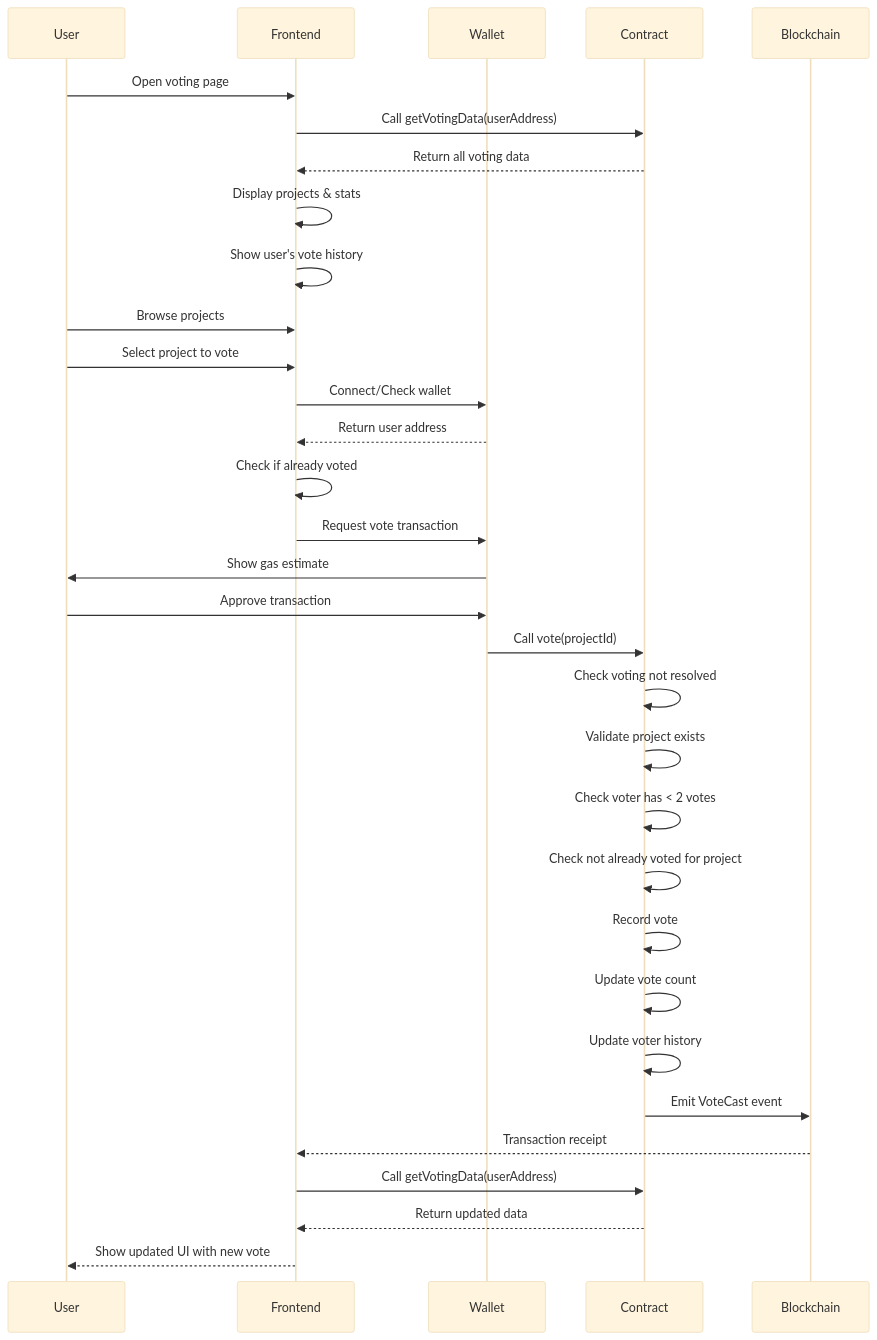
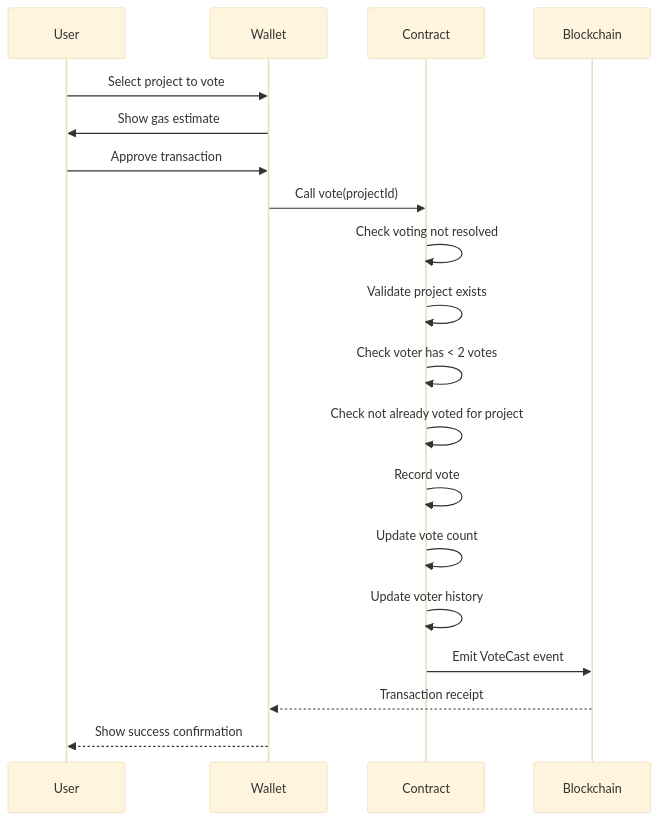
The third of 5 diagrams in SMART_CONTRACT_SPEC.md (communetxyz/Hackatsuon), drawn with Mermaid (base theme) before and after one commit. The commit also changed other lines of this file, not shown here.

First line of the commit message:
Refactor smart contract spec: remove NFT feature and simplify flows

````diff
--- a/SMART_CONTRACT_SPEC.md
+++ b/SMART_CONTRACT_SPEC.md
@@ -241,35 +228,22 @@
 ```mermaid
 sequenceDiagram
     participant User
-    participant Frontend
     participant Wallet
     participant Contract
     participant Blockchain
-    
-    User->>Frontend: Open voting page
-    Frontend->>Contract: Call getVotingData(userAddress)
-    Contract-->>Frontend: Return all voting data
-    Frontend->>Frontend: Display projects & stats
-    Frontend->>Frontend: Show user's vote history
-    User->>Frontend: Browse projects
-    User->>Frontend: Select project to vote
-    Frontend->>Wallet: Connect/Check wallet
-    Wallet-->>Frontend: Return user address
-    Frontend->>Frontend: Check if already voted
-    Frontend->>Wallet: Request vote transaction
+
+    User->>Wallet: Select project to vote
     Wallet->>User: Show gas estimate
     User->>Wallet: Approve transaction
     Wallet->>Contract: Call vote(projectId)
     Contract->>Contract: Check voting not resolved
     Contract->>Contract: Validate project exists
     Contract->>Contract: Check voter has < 2 votes
     Contract->>Contract: Check not already voted for project
     Contract->>Contract: Record vote
     Contract->>Contract: Update vote count
     Contract->>Contract: Update voter history
     Contract->>Blockchain: Emit VoteCast event
-    Blockchain-->>Frontend: Transaction receipt
-    Frontend->>Contract: Call getVotingData(userAddress)
-    Contract-->>Frontend: Return updated data
-    Frontend-->>User: Show updated UI with new vote
+    Blockchain-->>Wallet: Transaction receipt
+    Wallet-->>User: Show success confirmation
 ```
````
